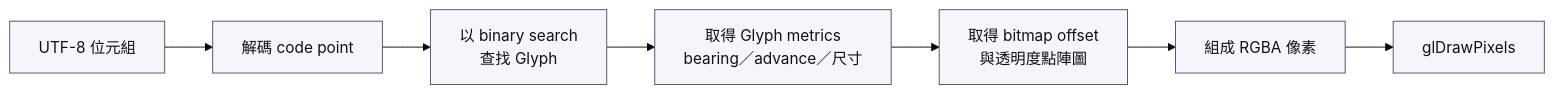
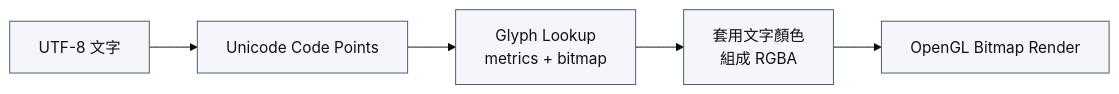
The diagram in docs/figures-src/ch05_gfnt-runtime.mmd (YuanOwO/CG-hw1-paint), drawn with Mermaid (base theme) before and after one commit. The commit also changed 42 other files, not shown here.

First line of the commit message:
docs: 重整報告內容並更新圖表資源

```diff
--- a/docs/figures-src/ch05_gfnt-runtime.mmd
+++ b/docs/figures-src/ch05_gfnt-runtime.mmd
@@ -1,10 +1,8 @@
 flowchart LR
-    utf8[UTF-8 位元組] --> decode[解碼 code point]
-    decode --> lookup[以 binary search<br/>查找 Glyph]
-    lookup --> metrics[取得 Glyph metrics<br/>bearing／advance／尺寸]
-    metrics --> bitmap[取得 bitmap offset<br/>與透明度點陣圖]
-    bitmap --> pixels[組成 RGBA 像素]
-    pixels --> render[glDrawPixels]
+    utf8[UTF-8 文字] --> decode[Unicode Code Points]
+    decode --> glyph[Glyph Lookup<br/>metrics + bitmap]
+    glyph --> pixels[套用文字顏色<br/>組成 RGBA]
+    pixels --> render[OpenGL Bitmap Render]
 
     classDef step fill:#f4f6fb,stroke:#49566b,color:#111,stroke-width:1px;
-    class utf8,decode,lookup,metrics,bitmap,pixels,render step;
+    class utf8,decode,glyph,pixels,render step;
```
